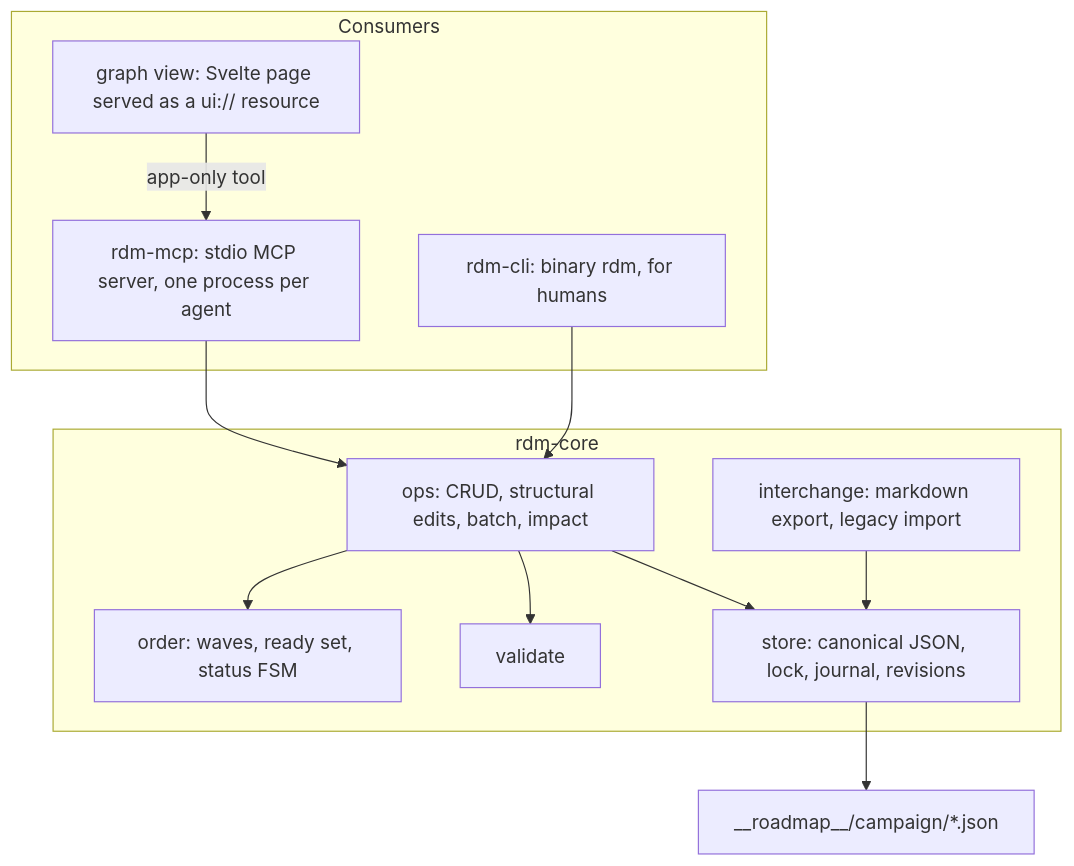
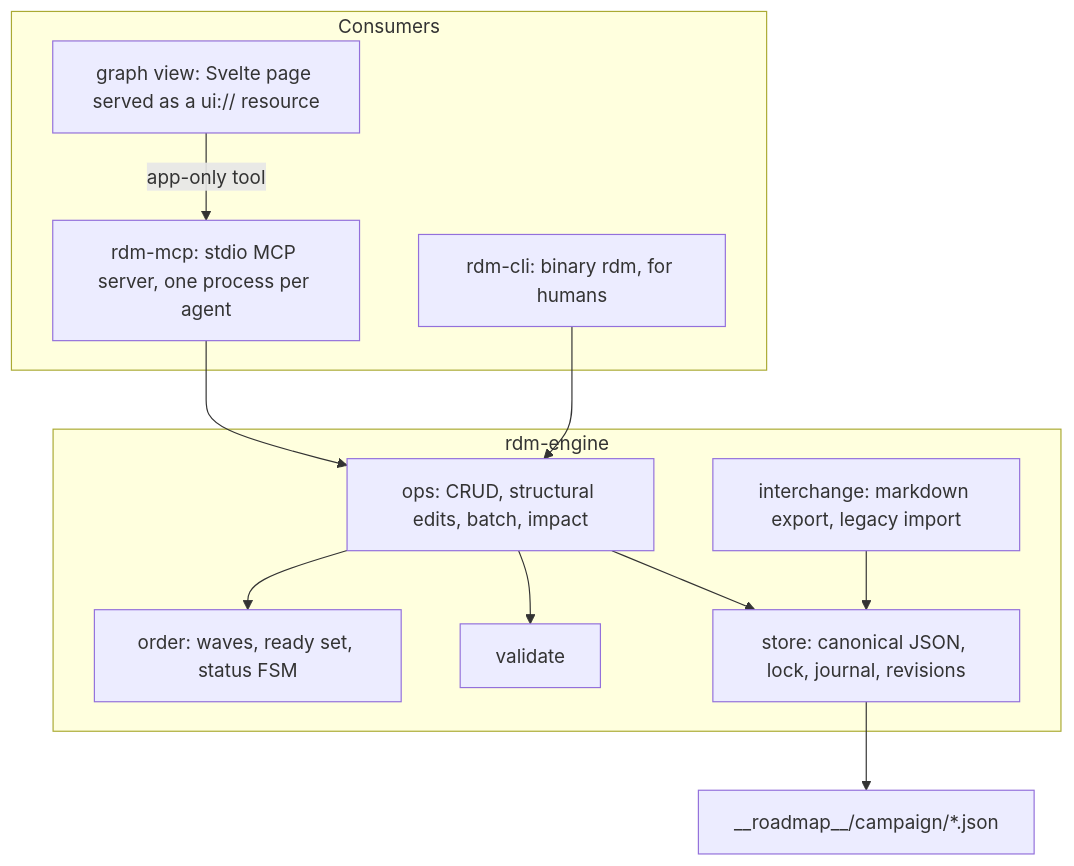
The second of 4 diagrams in __design__/rdm/architecture.md (CrackingShells/cracking-shells-playbook), drawn with Mermaid before and after one commit. The commit also changed other lines of this file and 9 other files, not shown here.

First line of the commit message:
docs(design): rename the core crate to rdm-engine

````diff
--- a/__design__/rdm/architecture.md
+++ b/__design__/rdm/architecture.md
@@ -60,23 +60,23 @@
 ```mermaid
 graph TD
   subgraph Consumers
     MCP[rdm-mcp: stdio MCP server, one process per agent]
     CLI[rdm-cli: binary rdm, for humans]
     UI[graph view: Svelte page served as a ui:// resource]
   end
-  subgraph Core [rdm-core]
+  subgraph Core [rdm-engine]
     OPS[ops: CRUD, structural edits, batch, impact]
     ORD[order: waves, ready set, status FSM]
     VAL[validate]
     IO[interchange: markdown export, legacy import]
     ST[store: canonical JSON, lock, journal, revisions]
   end
   MCP --> OPS
   CLI --> OPS
   UI -->|app-only tool| MCP
   OPS --> ORD
   OPS --> VAL
   OPS --> ST
   IO --> ST
   ST --> FS[__roadmap__/campaign/*.json]
 ```
````
